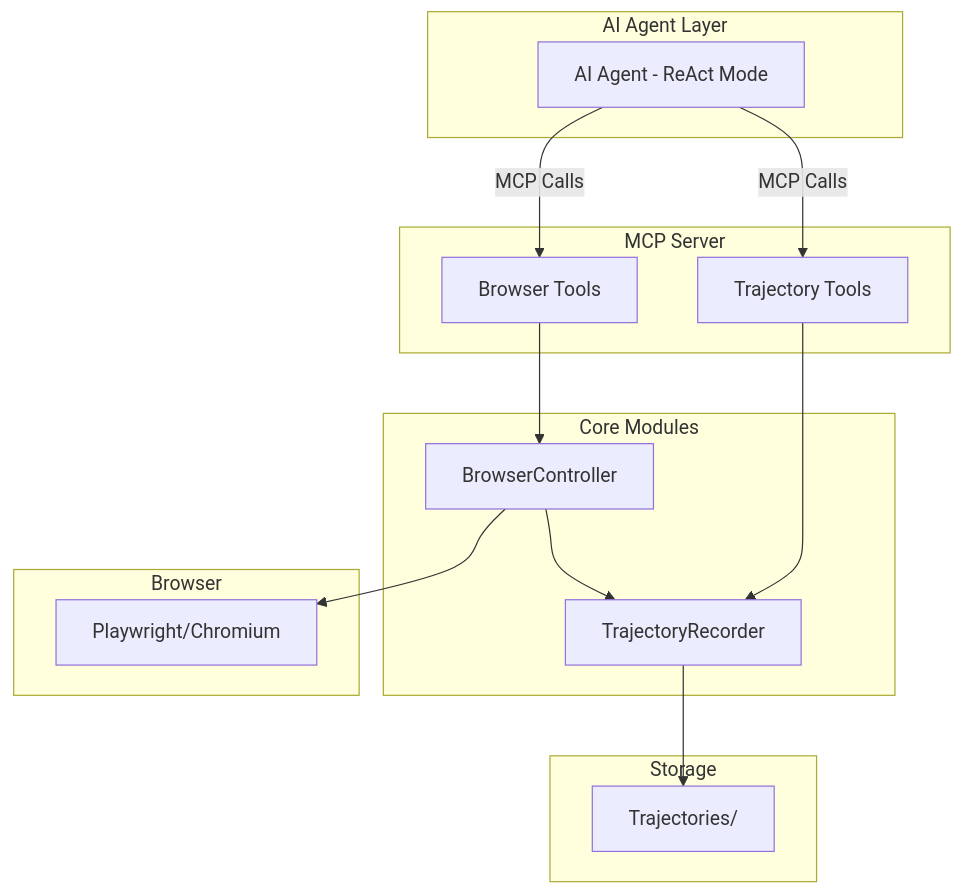
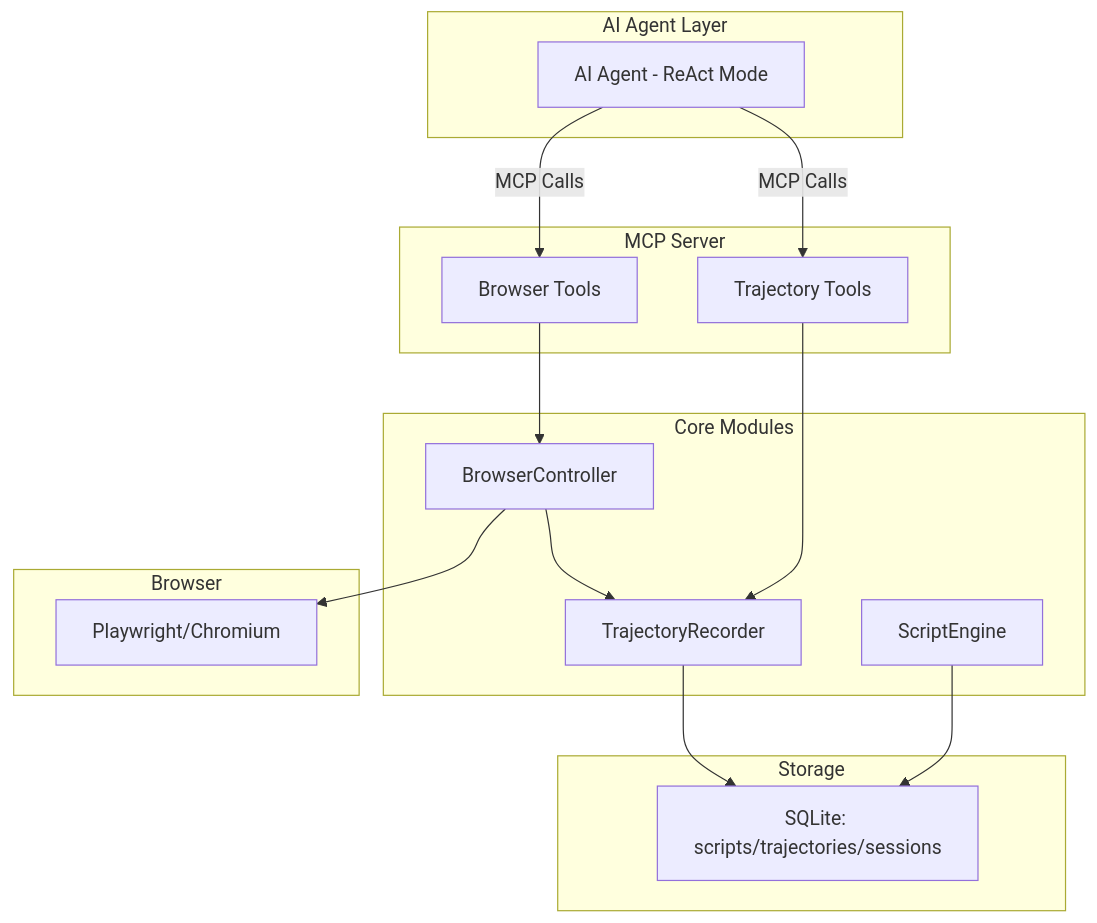
The diagram in README.md (roadcode/ZeroToken), drawn with Mermaid before and after one commit. The commit also changed other lines of this file and 1 other file, not shown here.

````diff
--- a/README.md
+++ b/README.md
@@ -127,34 +135,36 @@
 ```mermaid
 graph TB
     subgraph "AI Agent Layer"
         A[AI Agent - ReAct Mode]
     end
 
     subgraph "MCP Server"
         B1[Browser Tools]
         B2[Trajectory Tools]
     end
 
     subgraph "Core Modules"
         C1[BrowserController]
         C2[TrajectoryRecorder]
+        C3[ScriptEngine]
     end
 
     subgraph "Storage"
-        D1[Trajectories/]
+        D1["SQLite: scripts/trajectories/sessions"]
     end
 
     subgraph "Browser"
         E[Playwright/Chromium]
     end
 
     A -->|MCP Calls| B1
     A -->|MCP Calls| B2
 
     B1 --> C1
     B2 --> C2
 
     C1 --> E
     C1 --> C2
     C2 --> D1
+    C3 --> D1
 ```
````
